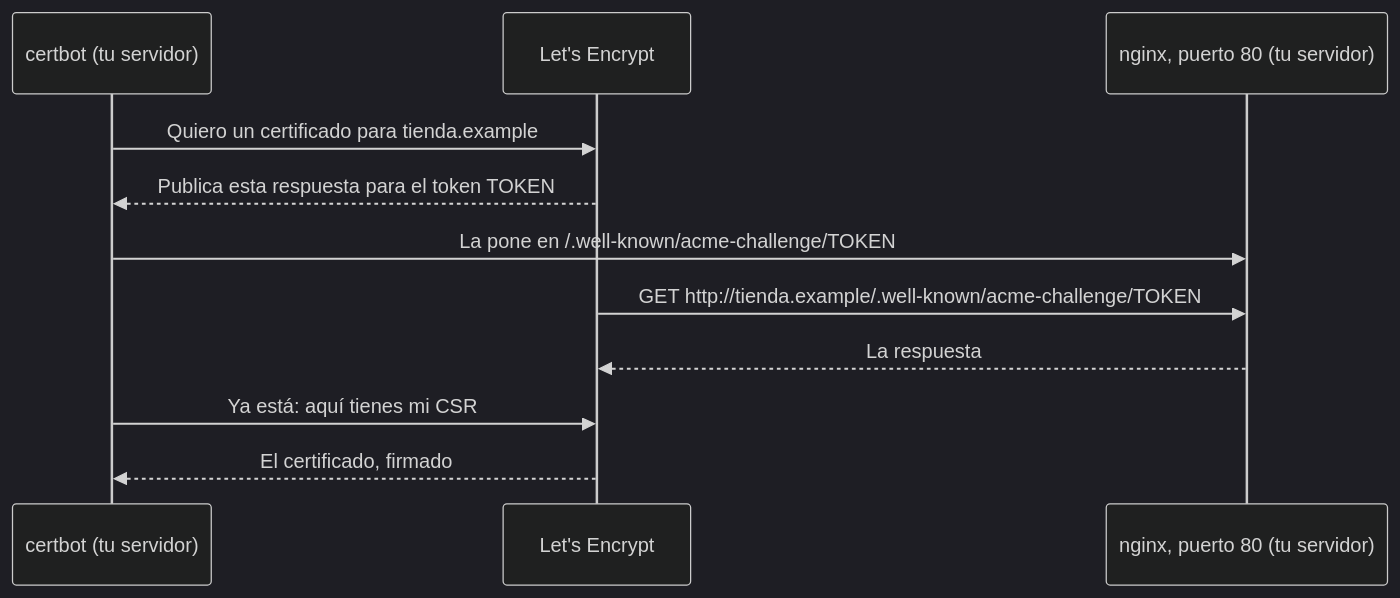
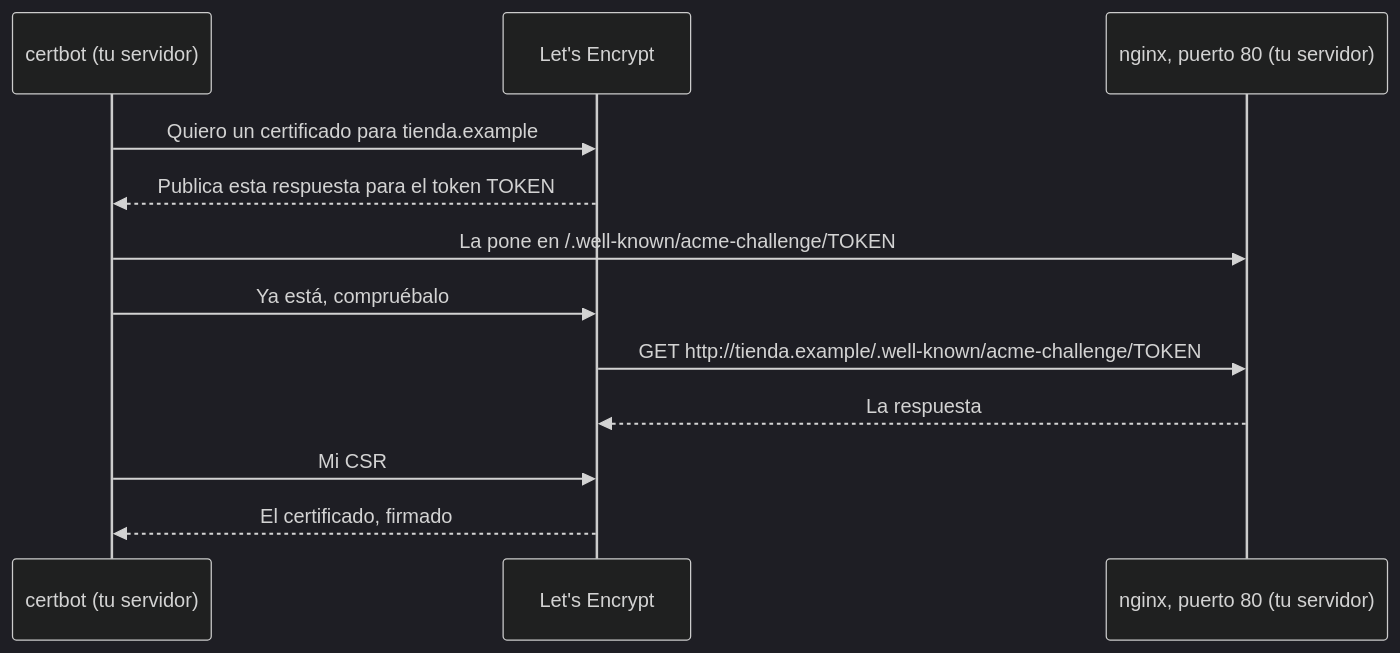
Before and after one commit to backendfromscratch/backend-from-scratch: the diagram in web/src/content/docs/fase-8/lets-encrypt-nginx.mdx, drawn with Mermaid (dark theme). The commit also changed other lines of this file and 3 other files, not shown here.

````diff
--- a/web/src/content/docs/fase-8/lets-encrypt-nginx.mdx
+++ b/web/src/content/docs/fase-8/lets-encrypt-nginx.mdx
@@ -70,13 +70,14 @@
 ```mermaid
 sequenceDiagram
     participant C as certbot (tu servidor)
     participant L as Let's Encrypt
     participant N as nginx, puerto 80 (tu servidor)
     C->>L: Quiero un certificado para tienda.example
     L-->>C: Publica esta respuesta para el token TOKEN
     C->>N: La pone en /.well-known/acme-challenge/TOKEN
+    C->>L: Ya está, compruébalo
     L->>N: GET http://tienda.example/.well-known/acme-challenge/TOKEN
     N-->>L: La respuesta
-    C->>L: Ya está: aquí tienes mi CSR
+    C->>L: Mi CSR
     L-->>C: El certificado, firmado
 ```
````
